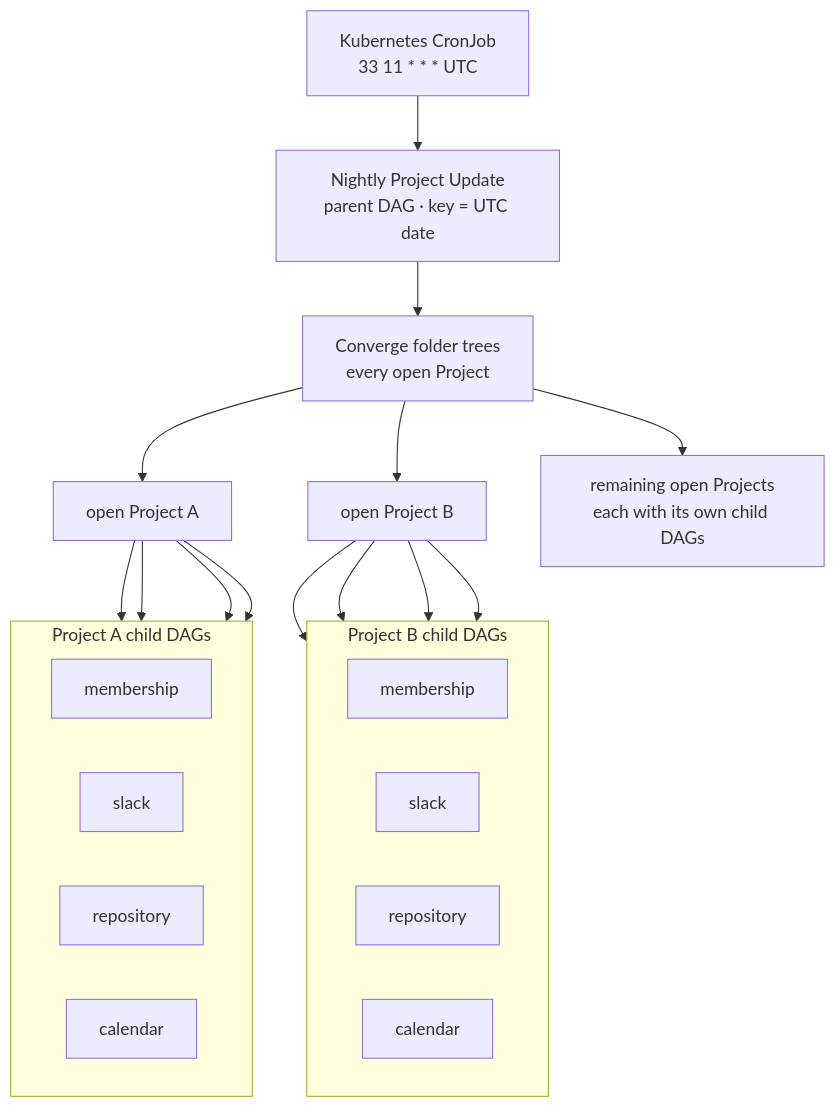
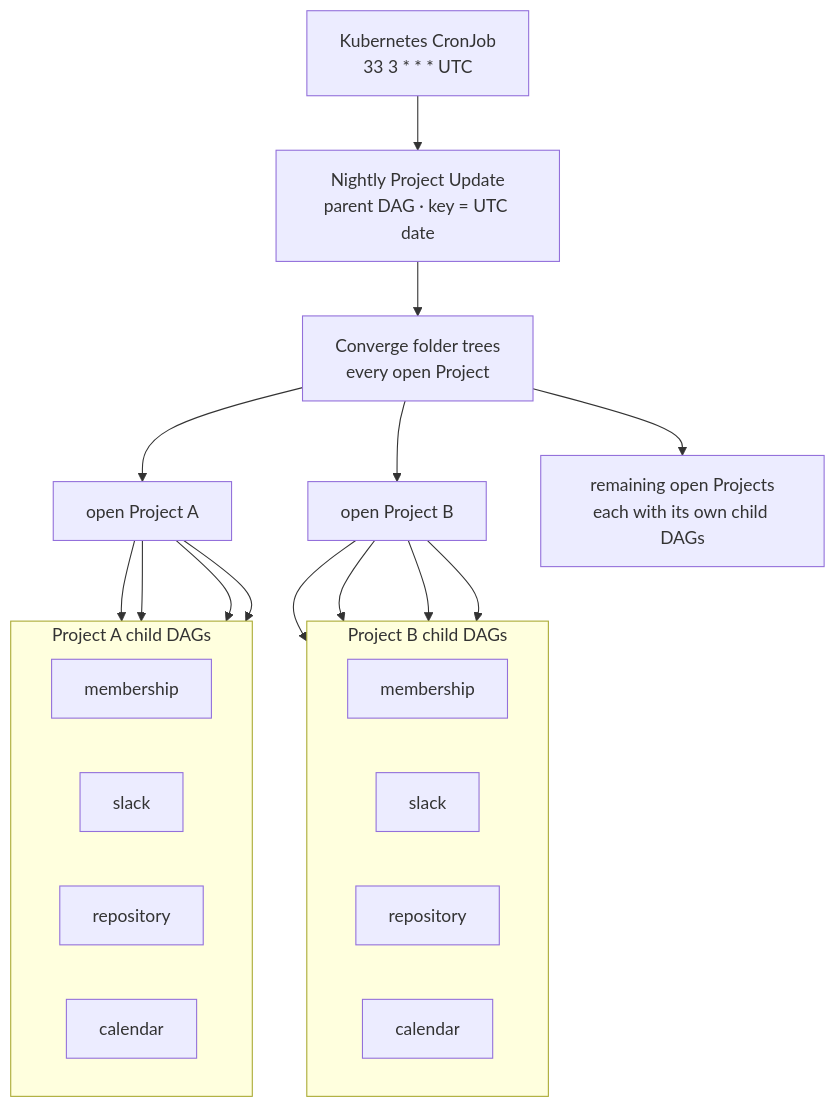
The first of 2 diagrams in docs/glossary/nightly-project-update.md (neon-law/navigator), drawn with Mermaid before and after one commit. The commit also changed other lines of this file and 13 other files, not shown here.

````diff
--- a/docs/glossary/nightly-project-update.md
+++ b/docs/glossary/nightly-project-update.md
@@ -29,32 +21,32 @@
 ```mermaid
 flowchart TB
-  Clock["Kubernetes CronJob<br/>33 11 * * * UTC"]
+  Clock["Kubernetes CronJob<br/>33 3 * * * UTC"]
   Parent["Nightly Project Update<br/>parent DAG · key = UTC date"]
   Clock --> Parent
   Parent --> Folders["Converge folder trees<br/>every open Project"]
   Folders --> PA["open Project A"]
   Folders --> PB["open Project B"]
   Folders --> PN["remaining open Projects<br/>each with its own child DAGs"]
   subgraph tagsA ["Project A child DAGs"]
     direction LR
     MA["membership"]
     SA["slack"]
     RA["repository"]
     CA["calendar"]
   end
   subgraph tagsB ["Project B child DAGs"]
     direction LR
     MB["membership"]
     SB["slack"]
     RB["repository"]
     CB["calendar"]
   end
   PA --> MA
   PA --> SA
   PA --> RA
   PA --> CA
   PB --> MB
   PB --> SB
   PB --> RB
   PB --> CB
 ```
````
